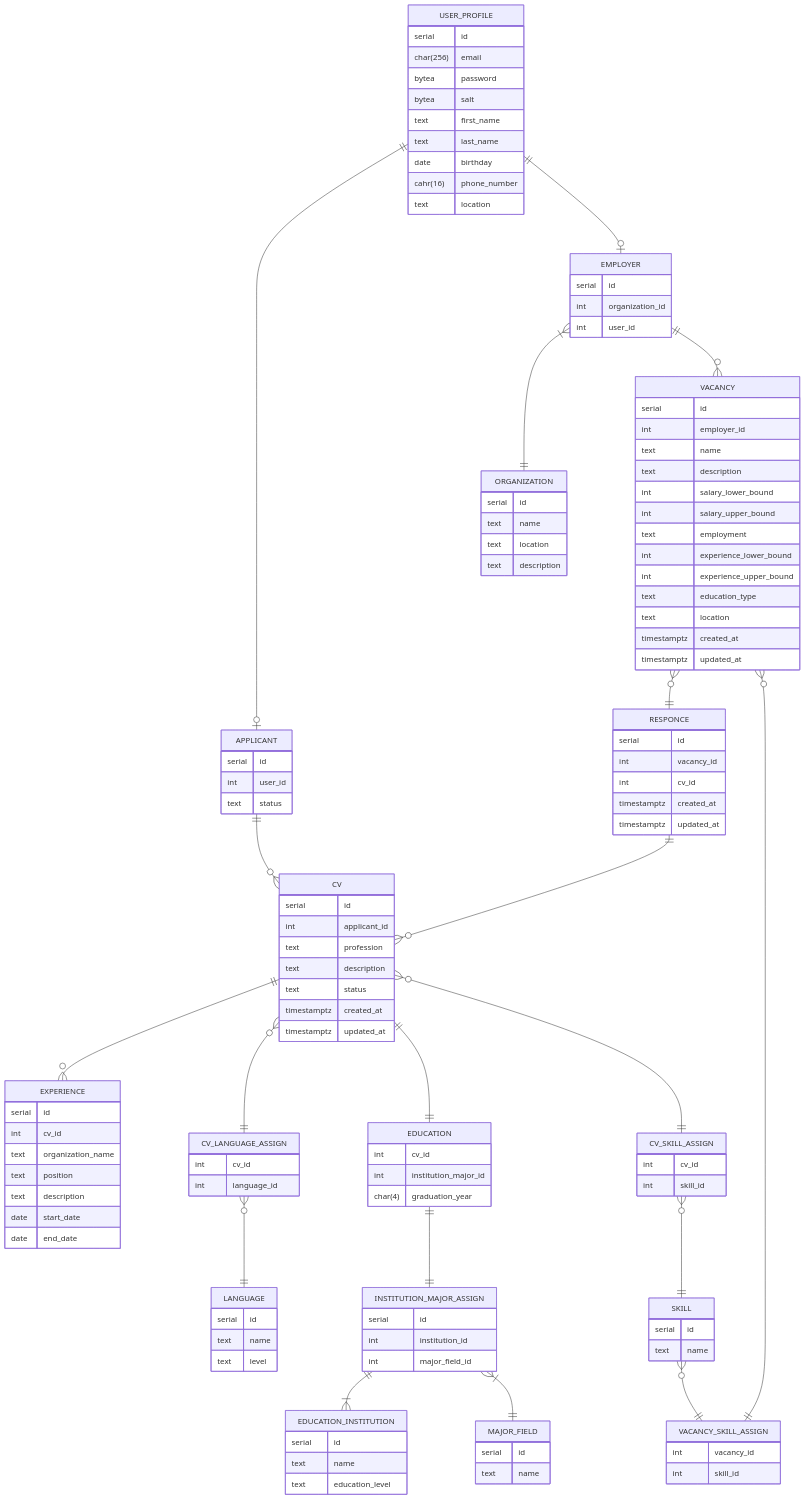
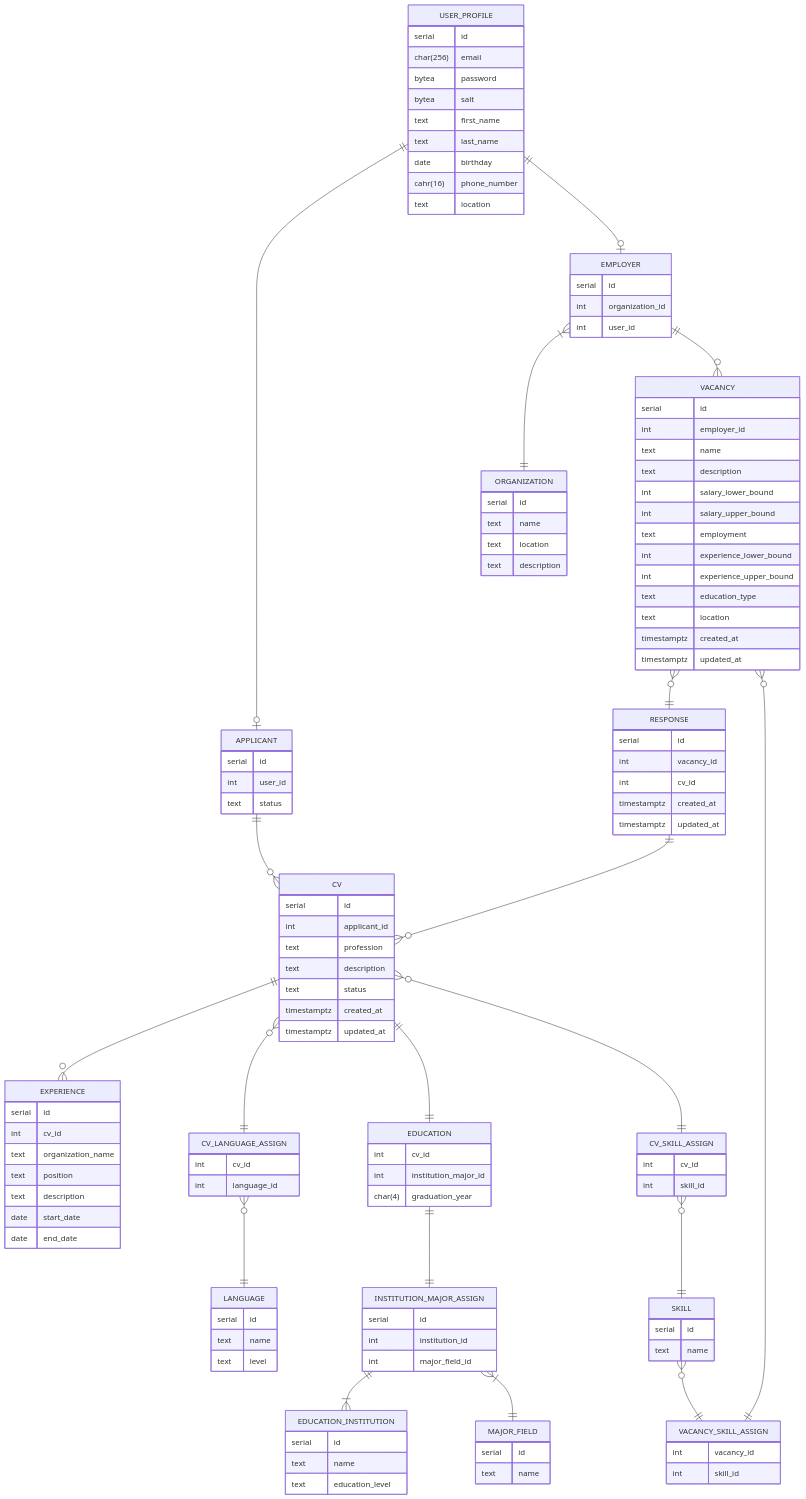
Before and after one commit to go-park-mail-ru/2023_2_VIVE: the diagram in db/normalized/relations.md, drawn with Mermaid. The commit also changed other lines of this file and 1 other file, not shown here.

```diff
--- a/db/normalized/relations.md
+++ b/db/normalized/relations.md
@@ -115,7 +115,7 @@
         timestamptz updated_at
     }
 
-    RESPONCE {
+    RESPONSE {
         serial id
         int vacancy_id
         int cv_id
@@ -148,8 +148,8 @@
 
 
 
-    VACANCY }o--|| RESPONCE : ""
-    RESPONCE ||--o{ CV : ""
+    VACANCY }o--|| RESPONSE : ""
+    RESPONSE ||--o{ CV : ""
 
     VACANCY }o--|| VACANCY_SKILL_ASSIGN : ""
     SKILL }o--|| VACANCY_SKILL_ASSIGN : ""
```
